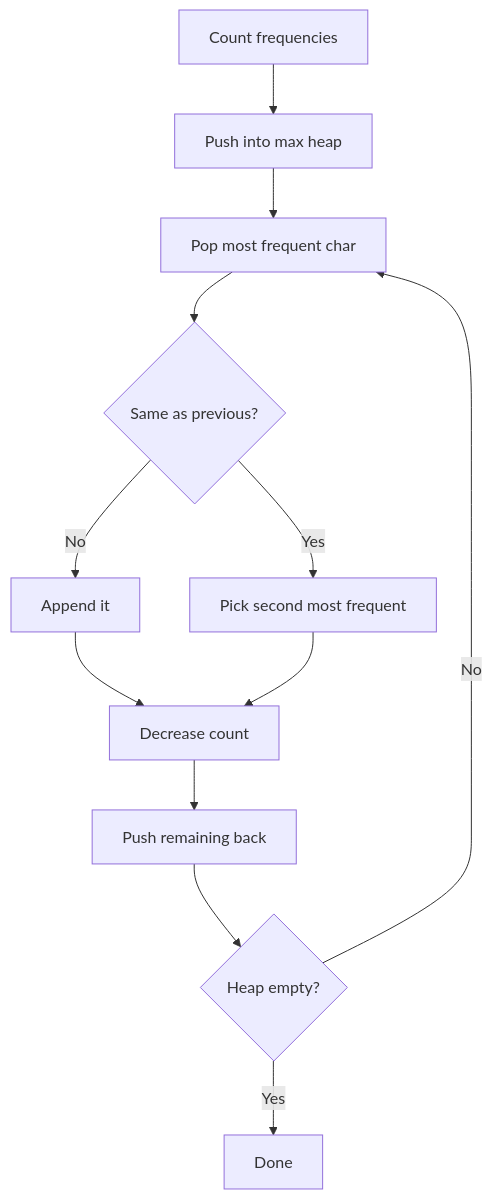
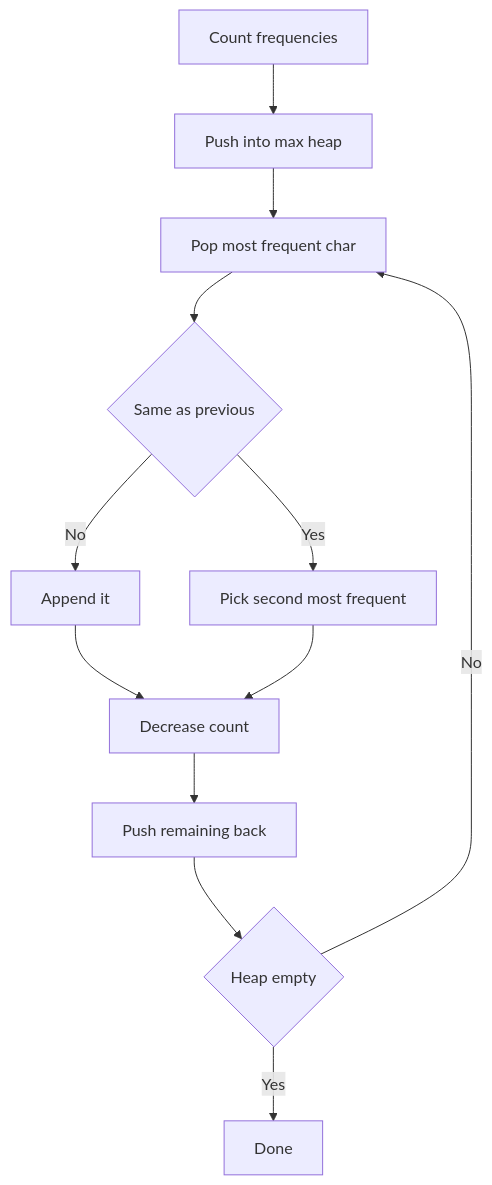
Diagram 11 of 25 in CP_DSA_NOTES/002_CONCEPT_FRAMEWORK_FORMS_TATICS/011_CONTRUCTIVE_ALGORITHMS_CFFT.md (mthaiseer/springcloud-systemdesign-notes), drawn with Mermaid before and after one commit. The commit also changed other lines of this file and 1 other file, not shown here.

````diff
--- a/CP_DSA_NOTES/002_CONCEPT_FRAMEWORK_FORMS_TATICS/011_CONTRUCTIVE_ALGORITHMS_CFFT.md
+++ b/CP_DSA_NOTES/002_CONCEPT_FRAMEWORK_FORMS_TATICS/011_CONTRUCTIVE_ALGORITHMS_CFFT.md
@@ -792,14 +787,14 @@
 ```mermaid
 flowchart TD
-    A[Count frequencies] --> B[Push into max heap]
-    B --> C[Pop most frequent char]
-    C --> D{Same as previous?}
-    D -->|No| E[Append it]
-    D -->|Yes| F[Pick second most frequent]
-    E --> G[Decrease count]
+    A["Count frequencies"] --> B["Push into max heap"]
+    B --> C["Pop most frequent char"]
+    C --> D{"Same as previous"}
+    D -->|No| E["Append it"]
+    D -->|Yes| F["Pick second most frequent"]
+    E --> G["Decrease count"]
     F --> G
-    G --> H[Push remaining back]
-    H --> I{Heap empty?}
+    G --> H["Push remaining back"]
+    H --> I{"Heap empty"}
     I -->|No| C
-    I -->|Yes| J[Done]
+    I -->|Yes| J["Done"]
 ```
````
